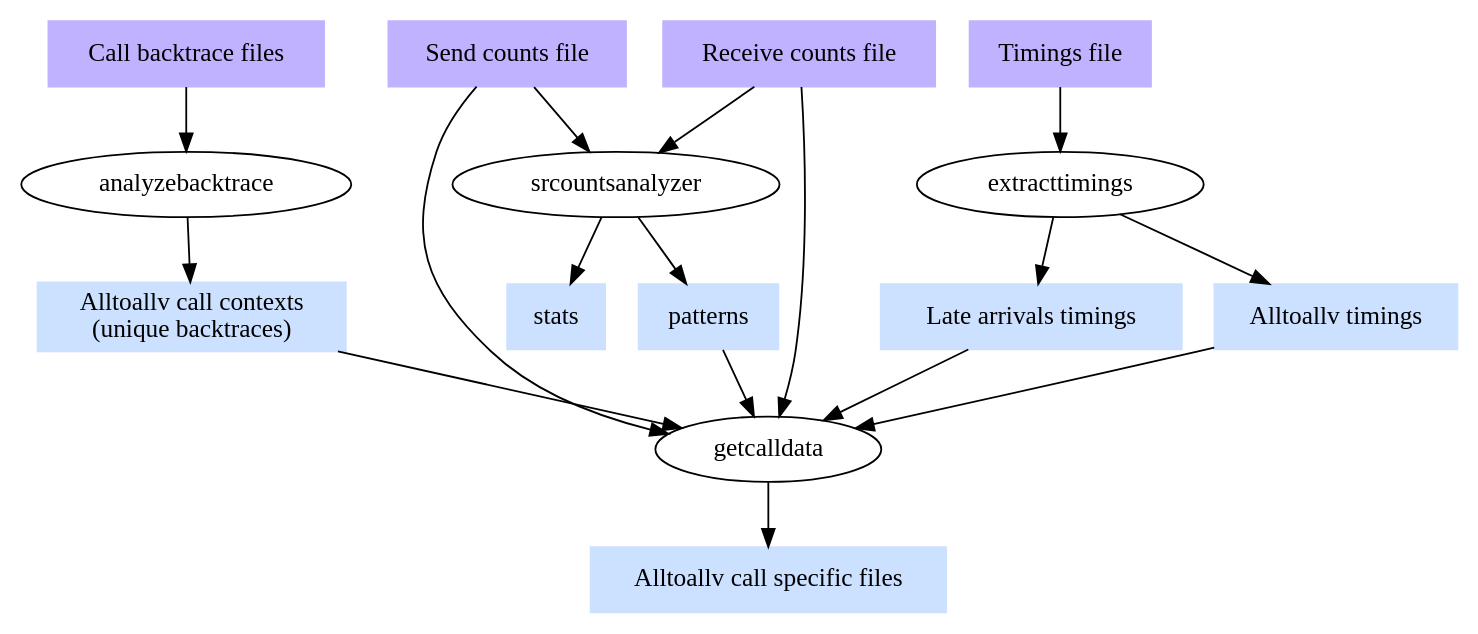
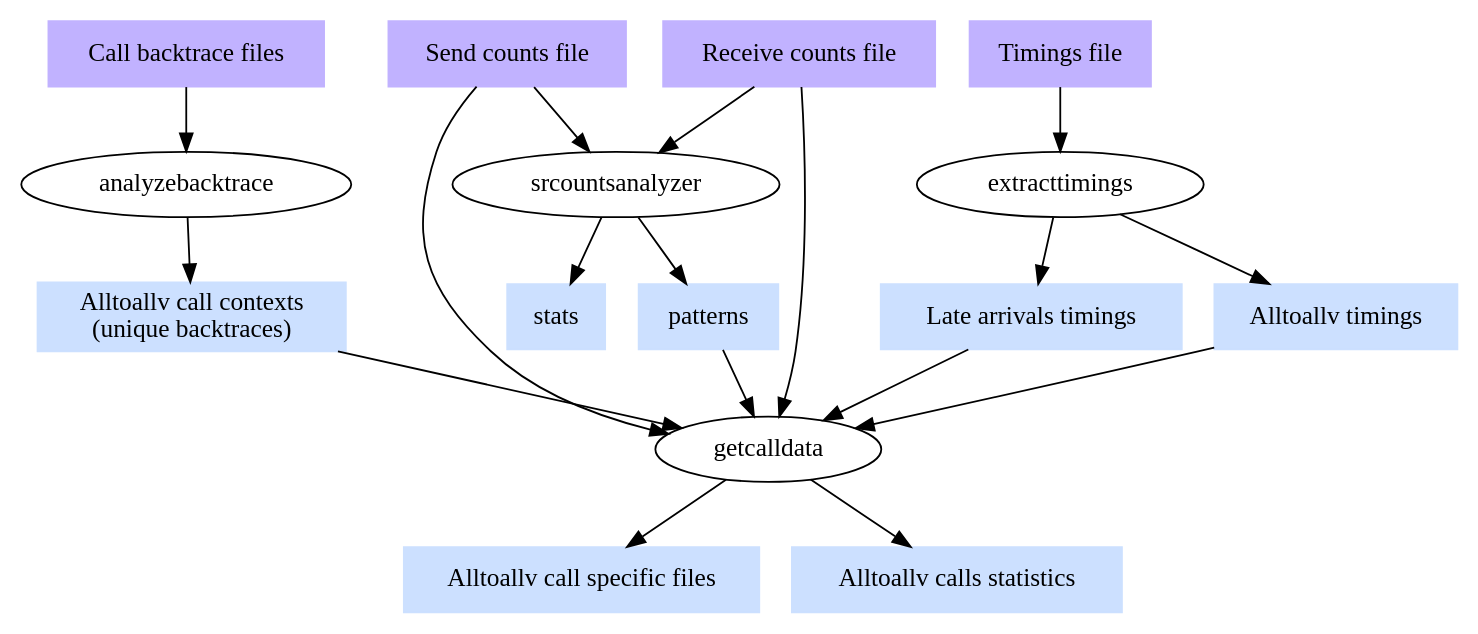
One commit to gvallee/collective_profiler changed the diagram in doc/tool_dependencies.dot. Above: the diagram before and after it, drawn with Graphviz. The commit also changed 4 other files, not shown here.

```diff
--- a/doc/tool_dependencies.dot
+++ b/doc/tool_dependencies.dot
@@ -1,29 +1,31 @@
 digraph G {
     backtraces_orig [label="Call backtrace files", shape=box, style=filled,color=".7 .3 1.0"];
     send_counts_orig [label="Send counts file", shape=box, style=filled,color=".7 .3 1.0"];
     recv_counts_orig [label="Receive counts file", shape=box, style=filled,color=".7 .3 1.0"];
     timings_orig [label="Timings file", shape=box, style=filled,color=".7 .3 1.0"];
     backtraces_orig -> analyzebacktrace;
     alltoallv_call_contexts [label="Alltoallv call contexts\n(unique backtraces)", shape=box, style=filled,color=".6 .2 1.0"];
     analyzebacktrace -> alltoallv_call_contexts;
     send_counts_orig -> srcountsanalyzer;
     recv_counts_orig -> srcountsanalyzer;
     patterns [shape=box, style=filled,color=".6 .2 1.0"];
     stats [shape=box, style=filled,color=".6 .2 1.0"];
     srcountsanalyzer -> patterns;
     srcountsanalyzer -> stats;
     timings_orig -> extracttimings;
     alltoallv_timings [label="Alltoallv timings", shape=box, style=filled,color=".6 .2 1.0"];
     late_arrivals_timings [label="Late arrivals timings", shape=box, style=filled,color=".6 .2 1.0"];
     extracttimings -> alltoallv_timings;
     extracttimings -> late_arrivals_timings;
     getcalls [label="getcalldata"]
     send_counts_orig -> getcalls;
     recv_counts_orig -> getcalls;
     patterns -> getcalls;
     alltoallv_timings -> getcalls;
     late_arrivals_timings -> getcalls;
     alltoallv_call_contexts -> getcalls;
     call_specific_files [label="Alltoallv call specific files", shape=box, style=filled,color=".6 .2 1.0"];
+    calls_summary [label="Alltoallv calls statistics", shape=box, style=filled,color=".6 .2 1.0"];
     getcalls -> call_specific_files;
+    getcalls -> calls_summary;
 }
```
